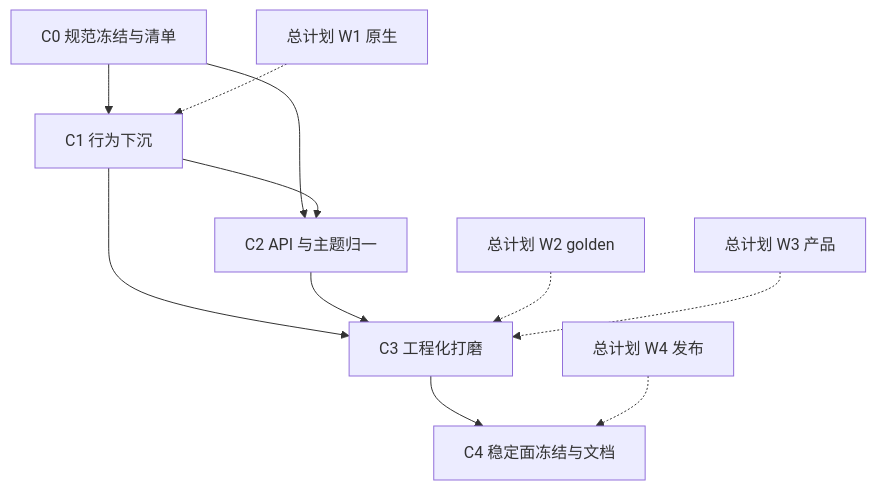
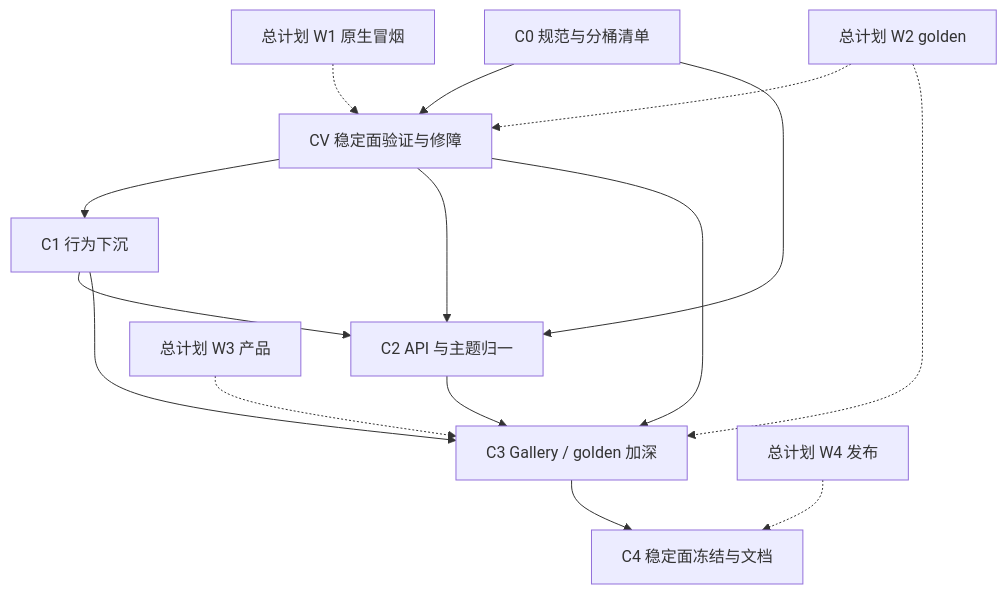
Before and after one commit to Zk3619/Jadix: the diagram in docs/COMPONENT_LIBRARY_PLAN.md, drawn with Mermaid. The commit also changed other lines of this file and 3 other files, not shown here.

````diff
--- a/docs/COMPONENT_LIBRARY_PLAN.md
+++ b/docs/COMPONENT_LIBRARY_PLAN.md
@@ -48,13 +70,17 @@
 ```mermaid
 flowchart TB
-  C0[C0 规范冻结与清单] --> C1[C1 行为下沉]
-  C0 --> C2[C2 API 与主题归一]
+  C0[C0 规范与分桶清单] --> CV[CV 稳定面验证与修障]
+  CV --> C1[C1 行为下沉]
+  CV --> C2[C2 API 与主题归一]
+  C0 --> C2
   C1 --> C2
-  C1 --> C3[C3 工程化打磨]
+  CV --> C3[C3 Gallery / golden 加深]
+  C1 --> C3
   C2 --> C3
   C3 --> C4[C4 稳定面冻结与文档]
-  W1[总计划 W1 原生] -.-> C1
-  W2[总计划 W2 golden] -.-> C3
+  W1[总计划 W1 原生冒烟] -.-> CV
+  W2[总计划 W2 golden] -.-> CV
+  W2 -.-> C3
   W3[总计划 W3 产品] -.-> C3
   W4[总计划 W4 发布] -.-> C4
 ```
````
